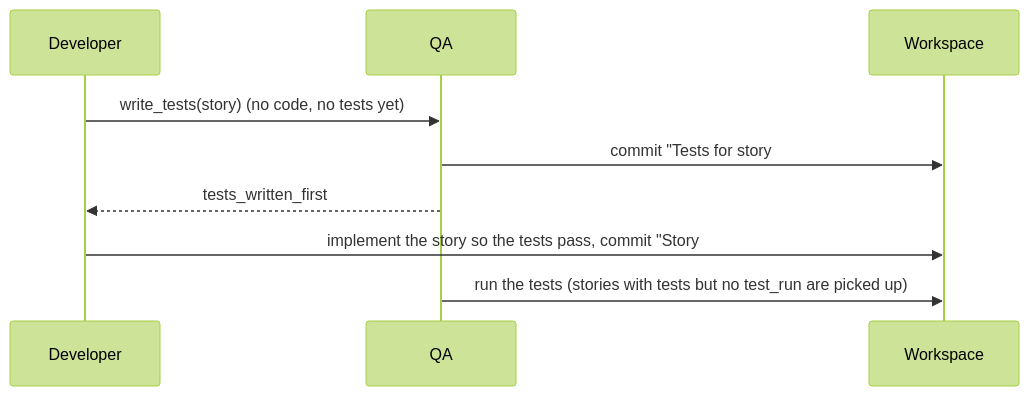
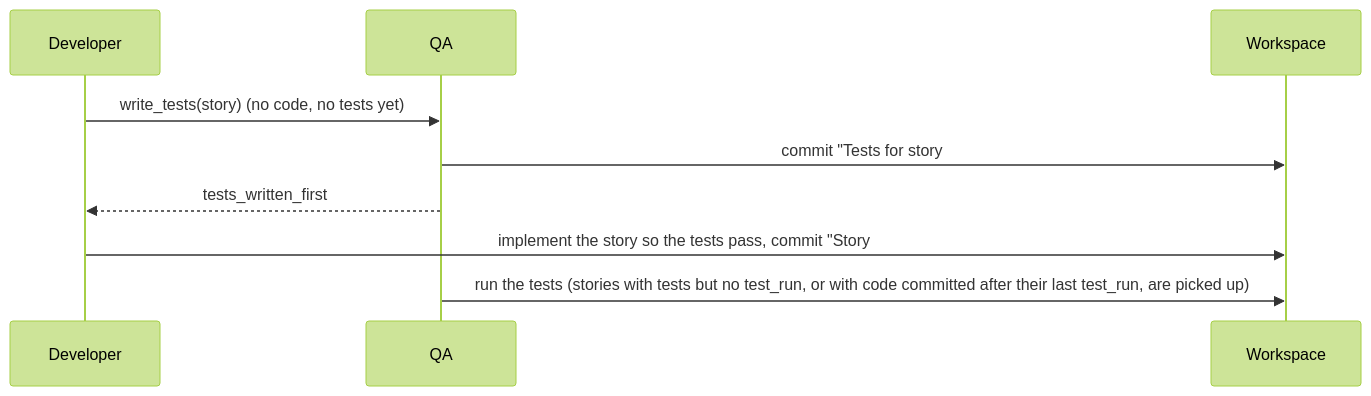
The second of 2 diagrams in docs/agents.md (Muniya-64bit/scrum-agents-workbench), drawn with Mermaid (forest theme) before and after one commit. The commit also changed 2 other files, not shown here.

Commit message:
Re-test a story whose code changed after its last test run (fixes #39)
A carried-over story that the Developer fixes before QA's turn was never tested again, so it stayed unfinished. QA now also picks stories whose latest code commit is newer than their latest test run.

````diff
--- a/docs/agents.md
+++ b/docs/agents.md
@@ -190,11 +190,11 @@
 ```mermaid
 sequenceDiagram
   participant D as Developer
   participant Q as QA
   participant W as Workspace
   D->>Q: write_tests(story) (no code, no tests yet)
   Q->>W: commit "Tests for story #n" (from acceptance criteria and design)
   Q-->>D: tests_written_first
   D->>W: implement the story so the tests pass, commit "Story #n"
-  Q->>W: run the tests (stories with tests but no test_run are picked up)
+  Q->>W: run the tests (stories with tests but no test_run, or with code committed after their last test_run, are picked up)
 ```
````
